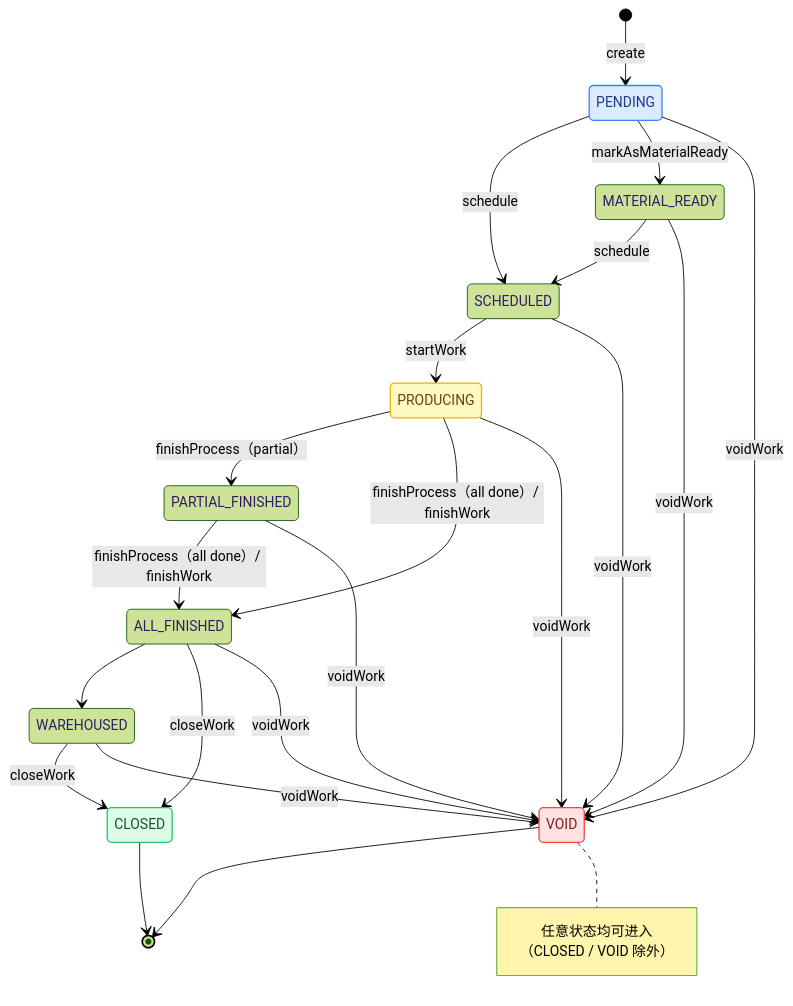
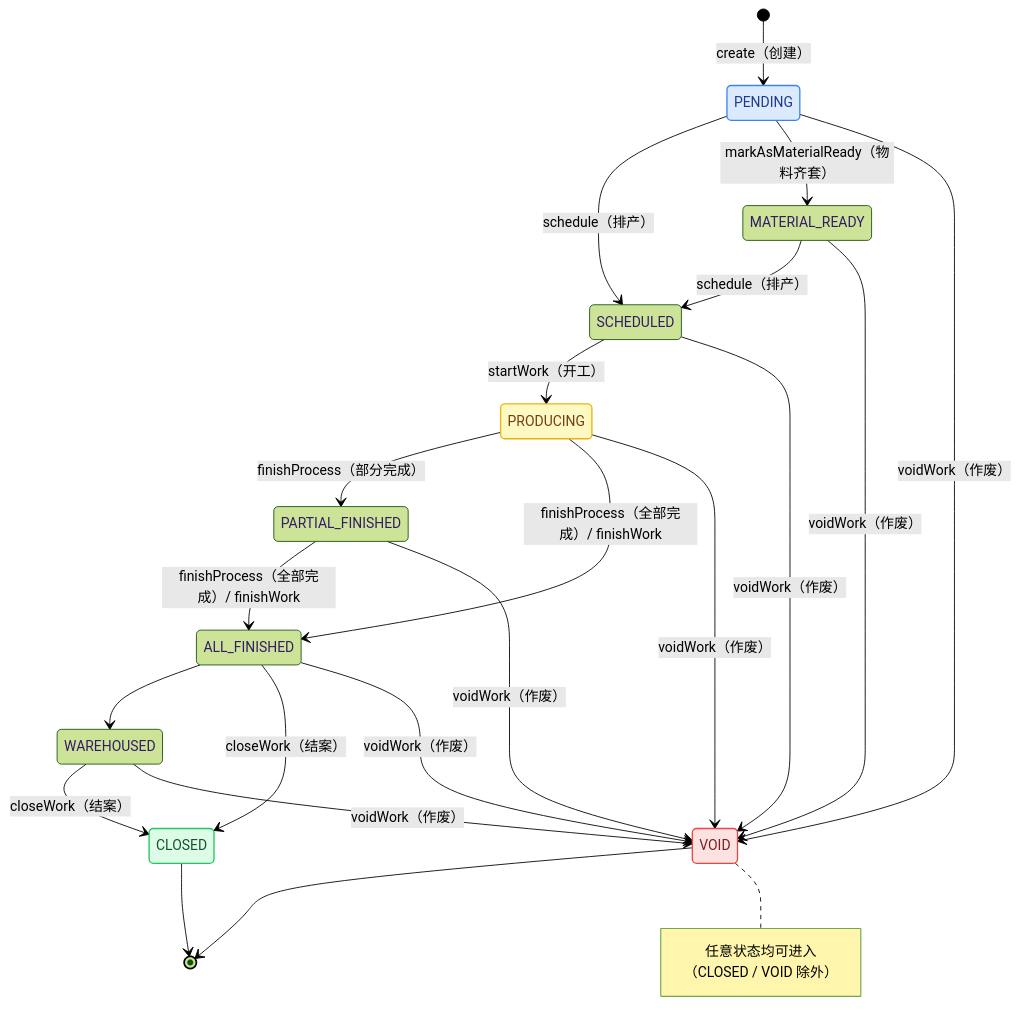
One commit to StevenTsai/distribution-architecture changed the diagram in case-studies/mto-workflow-engine/README.md. Above: the diagram before and after it, drawn with Mermaid (forest theme). The commit also changed other lines of this file and 22 other files, not shown here.

````diff
--- a/case-studies/mto-workflow-engine/README.md
+++ b/case-studies/mto-workflow-engine/README.md
@@ -21,36 +21,36 @@
 ```mermaid
 stateDiagram-v2
-    [*] --> PENDING: create
-    PENDING --> SCHEDULED: schedule
-    PENDING --> MATERIAL_READY: markAsMaterialReady
-    MATERIAL_READY --> SCHEDULED: schedule
-    SCHEDULED --> PRODUCING: startWork
-    PRODUCING --> PARTIAL_FINISHED: finishProcess（partial）
-    PRODUCING --> ALL_FINISHED: finishProcess（all done）/ finishWork
-    PARTIAL_FINISHED --> ALL_FINISHED: finishProcess（all done）/ finishWork
+    [*] --> PENDING: create（创建）
+    PENDING --> SCHEDULED: schedule（排产）
+    PENDING --> MATERIAL_READY: markAsMaterialReady（物料齐套）
+    MATERIAL_READY --> SCHEDULED: schedule（排产）
+    SCHEDULED --> PRODUCING: startWork（开工）
+    PRODUCING --> PARTIAL_FINISHED: finishProcess（部分完成）
+    PRODUCING --> ALL_FINISHED: finishProcess（全部完成）/ finishWork
+    PARTIAL_FINISHED --> ALL_FINISHED: finishProcess（全部完成）/ finishWork
     ALL_FINISHED --> WAREHOUSED
-    WAREHOUSED --> CLOSED: closeWork
-    ALL_FINISHED --> CLOSED: closeWork
-    PENDING --> VOID: voidWork
-    MATERIAL_READY --> VOID: voidWork
-    SCHEDULED --> VOID: voidWork
-    PRODUCING --> VOID: voidWork
-    PARTIAL_FINISHED --> VOID: voidWork
-    ALL_FINISHED --> VOID: voidWork
-    WAREHOUSED --> VOID: voidWork
+    WAREHOUSED --> CLOSED: closeWork（结案）
+    ALL_FINISHED --> CLOSED: closeWork（结案）
+    PENDING --> VOID: voidWork（作废）
+    MATERIAL_READY --> VOID: voidWork（作废）
+    SCHEDULED --> VOID: voidWork（作废）
+    PRODUCING --> VOID: voidWork（作废）
+    PARTIAL_FINISHED --> VOID: voidWork（作废）
+    ALL_FINISHED --> VOID: voidWork（作废）
+    WAREHOUSED --> VOID: voidWork（作废）
     CLOSED --> [*]
     VOID --> [*]
 
     note right of VOID
         任意状态均可进入（CLOSED / VOID 除外）
     end note
 
     classDef entry fill:#dbeafe,stroke:#3b82f6,color:#1e3a8a,stroke-width:1.5px
     classDef success fill:#dcfce7,stroke:#22c55e,color:#14532d,stroke-width:1.5px
     classDef warning fill:#fef9c3,stroke:#eab308,color:#713f12,stroke-width:1.5px
     classDef danger fill:#fee2e2,stroke:#ef4444,color:#7f1d1d,stroke-width:1.5px
     class PENDING entry
     class PRODUCING warning
     class CLOSED success
     class VOID danger
 ```
````
